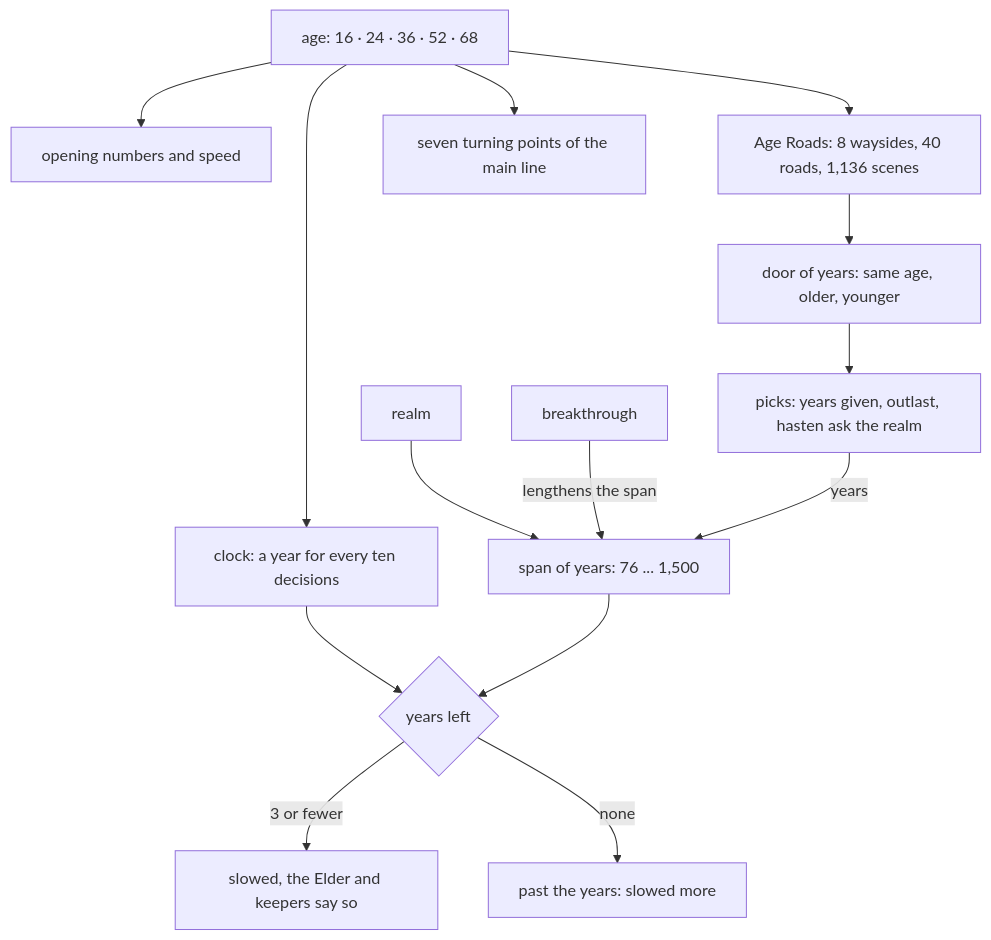
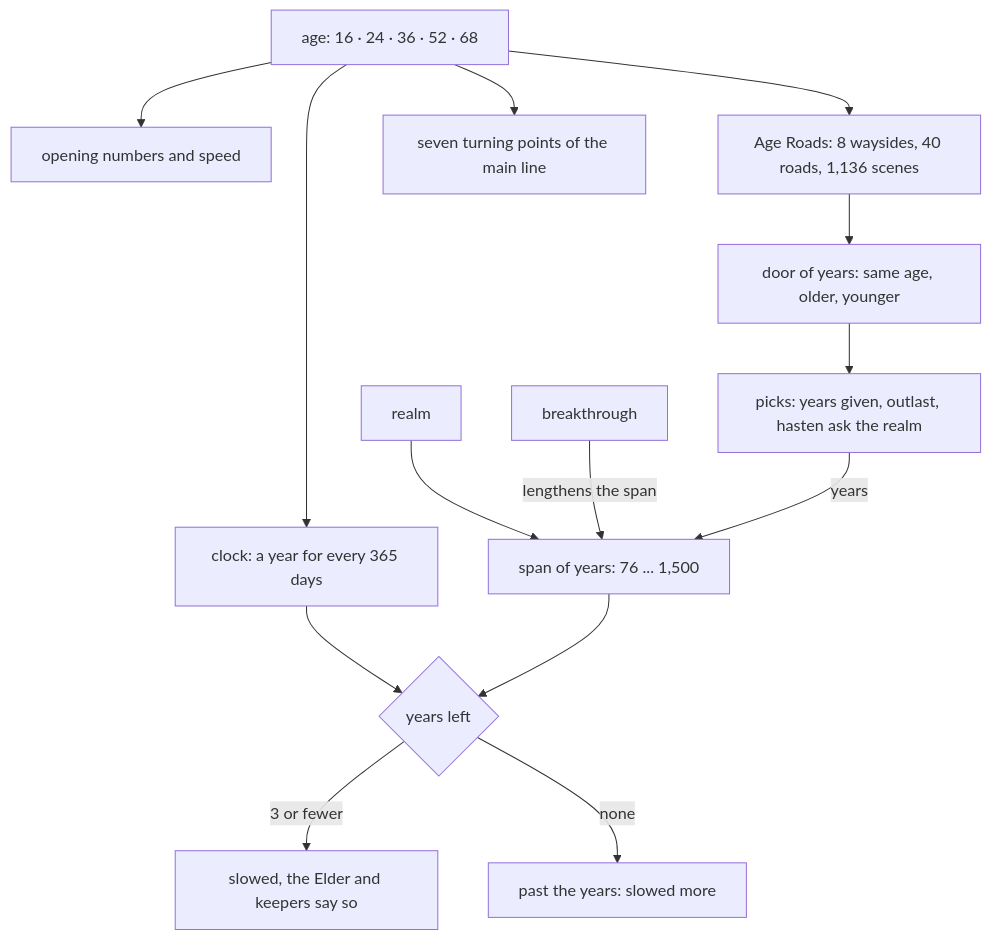
One commit to jgyy/nextxian changed the tenth of 19 diagrams in README.md. Above: the diagram before and after it, drawn with Mermaid. The commit also changed other lines of this file and 58 other files, not shown here.

````diff
--- a/README.md
+++ b/README.md
@@ -338,16 +358,16 @@
 ```mermaid
 flowchart TD
   A["age: 16 · 24 · 36 · 52 · 68"] --> S["opening numbers and speed"]
-  A --> C["clock: a year for every ten decisions"]
+  A --> C["clock: a year for every 365 days"]
   R["realm"] --> L["span of years: 76 ... 1,500"]
   C --> W{"years left"}
   L --> W
   W -->|"3 or fewer"| SL["slowed, the Elder and keepers say so"]
   W -->|"none"| PA["past the years: slowed more"]
   B["breakthrough"] -->|"lengthens the span"| L
   A --> AR["Age Roads: 8 waysides, 40 roads, 1,136 scenes"]
   AR --> D["door of years: same age, older, younger"]
   D --> Y["picks: years given, outlast, hasten ask the realm"]
   Y -->|"years"| L
   A --> T["seven turning points of the main line"]
 ```
````
